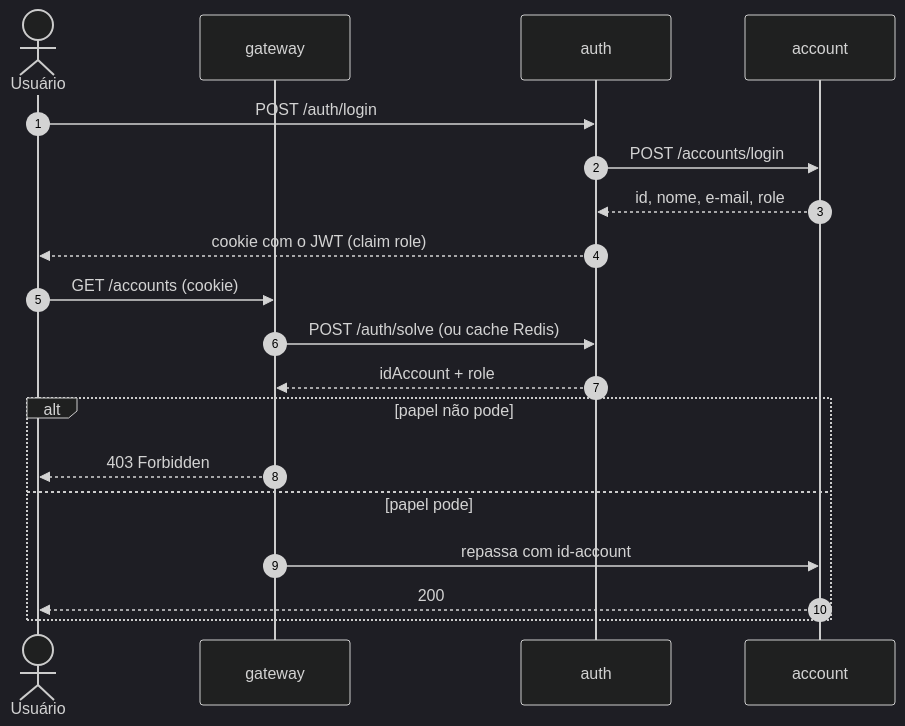
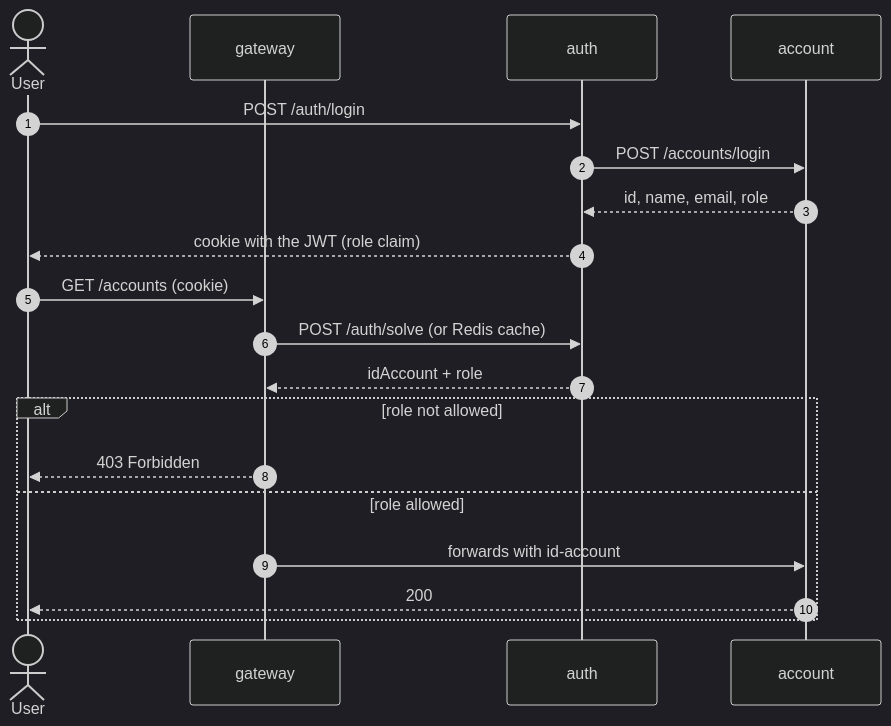
Before and after one commit to pna26/platform: the diagram in docs/bottlenecks/rbac.md, drawn with Mermaid (dark theme). The commit also changed other lines of this file and 55 other files, not shown here.

````diff
--- a/docs/bottlenecks/rbac.md
+++ b/docs/bottlenecks/rbac.md
@@ -26,21 +26,21 @@
 ``` mermaid
 sequenceDiagram
     autonumber
-    actor u as Usuário
+    actor u as User
     participant gw as gateway
     participant auth as auth
     participant acc as account
     u->>auth: POST /auth/login
     auth->>acc: POST /accounts/login
-    acc-->>auth: id, nome, e-mail, role
-    auth-->>u: cookie com o JWT (claim role)
+    acc-->>auth: id, name, email, role
+    auth-->>u: cookie with the JWT (role claim)
     u->>gw: GET /accounts (cookie)
-    gw->>auth: POST /auth/solve (ou cache Redis)
+    gw->>auth: POST /auth/solve (or Redis cache)
     auth-->>gw: idAccount + role
-    alt papel não pode
+    alt role not allowed
         gw-->>u: 403 Forbidden
-    else papel pode
-        gw->>acc: repassa com id-account
+    else role allowed
+        gw->>acc: forwards with id-account
         acc-->>u: 200
     end
 ```
````
